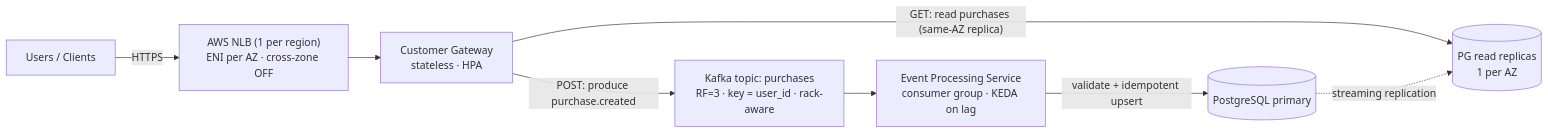
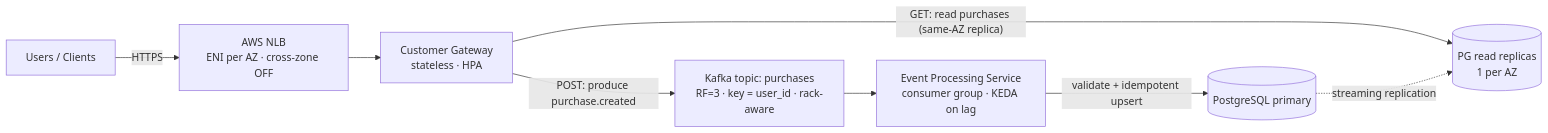
One commit to frimer85/blockaid-interview changed the diagram in docs/DESIGN.md. Above: the diagram before and after it, drawn with Mermaid. The commit also changed other lines of this file, not shown here.

````diff
--- a/docs/DESIGN.md
+++ b/docs/DESIGN.md
@@ -76,17 +76,17 @@
 ```mermaid
 flowchart LR
   U["Users / Clients"]
-  NLB["AWS NLB (1 per region)<br/>ENI per AZ · cross-zone OFF"]
+  NLB["AWS NLB<br/>ENI per AZ · cross-zone OFF"]
   GW["Customer Gateway<br/>stateless · HPA"]
   K["Kafka topic: purchases<br/>RF=3 · key = user_id · rack-aware"]
   EP["Event Processing Service<br/>consumer group · KEDA on lag"]
   DBP[("PostgreSQL primary")]
   DBR[("PG read replicas<br/>1 per AZ")]
 
   U -->|"HTTPS"| NLB --> GW
   GW -->|"POST: produce purchase.created"| K
   GW -->|"GET: read purchases (same-AZ replica)"| DBR
   K --> EP
   EP -->|"validate + idempotent upsert"| DBP
   DBP -. streaming replication .-> DBR
 ```
````
